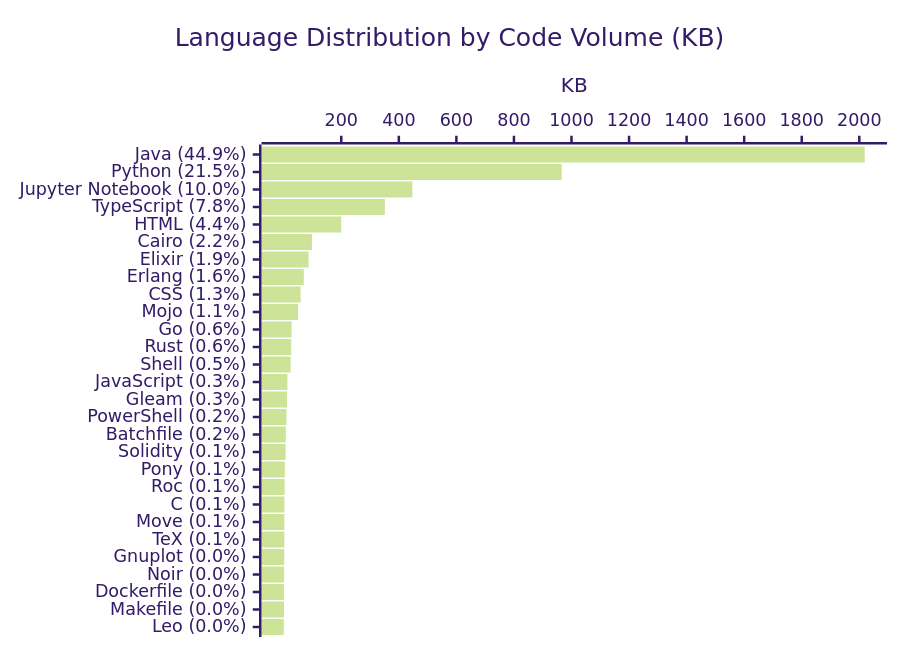
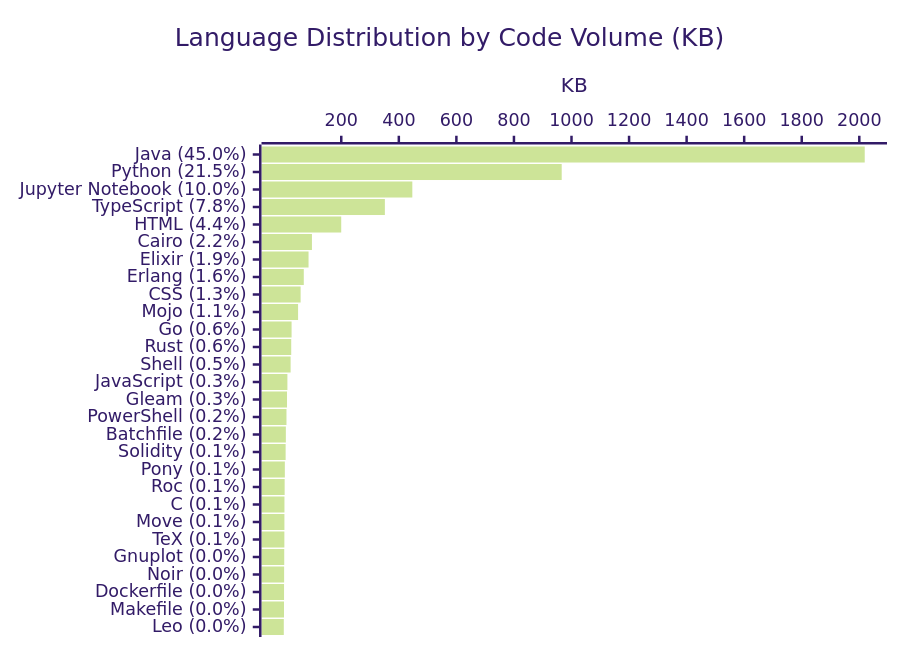
One commit to KathiraveluLab/.github changed the diagram in profile/README.md. Above: the diagram before and after it, drawn with Mermaid (forest theme). The commit also changed other lines of this file and 1 other file, not shown here.

````diff
--- a/profile/README.md
+++ b/profile/README.md
@@ -64,7 +64,7 @@
 ```mermaid
 xychart-beta horizontal
     title "Language Distribution by Code Volume (KB)"
-    x-axis ["Java (44.9%)", "Python (21.5%)", "Jupyter Notebook (10.0%)", "TypeScript (7.8%)", "HTML (4.4%)", "Cairo (2.2%)", "Elixir (1.9%)", "Erlang (1.6%)", "CSS (1.3%)", "Mojo (1.1%)", "Go (0.6%)", "Rust (0.6%)", "Shell (0.5%)", "JavaScript (0.3%)", "Gleam (0.3%)", "PowerShell (0.2%)", "Batchfile (0.2%)", "Solidity (0.1%)", "Pony (0.1%)", "Roc (0.1%)", "C (0.1%)", "Move (0.1%)", "TeX (0.1%)", "Gnuplot (0.0%)", "Noir (0.0%)", "Dockerfile (0.0%)", "Makefile (0.0%)", "Leo (0.0%)"]
+    x-axis ["Java (45.0%)", "Python (21.5%)", "Jupyter Notebook (10.0%)", "TypeScript (7.8%)", "HTML (4.4%)", "Cairo (2.2%)", "Elixir (1.9%)", "Erlang (1.6%)", "CSS (1.3%)", "Mojo (1.1%)", "Go (0.6%)", "Rust (0.6%)", "Shell (0.5%)", "JavaScript (0.3%)", "Gleam (0.3%)", "PowerShell (0.2%)", "Batchfile (0.2%)", "Solidity (0.1%)", "Pony (0.1%)", "Roc (0.1%)", "C (0.1%)", "Move (0.1%)", "TeX (0.1%)", "Gnuplot (0.0%)", "Noir (0.0%)", "Dockerfile (0.0%)", "Makefile (0.0%)", "Leo (0.0%)"]
     y-axis "KB"
-    bar [2018.87, 966.05, 446.9, 351.5, 199.85, 98.07, 86.29, 69.74, 58.73, 49.94, 27.33, 26.08, 23.99, 12.8, 11.49, 9.6, 7.42, 6.65, 3.92, 3.24, 2.58, 2.45, 2.29, 1.82, 1.42, 1.17, 0.99, 0.27]
+    bar [2018.87, 965.94, 446.9, 351.5, 199.85, 98.07, 86.29, 69.74, 58.73, 49.94, 27.33, 26.08, 23.99, 12.8, 11.49, 9.6, 7.42, 6.65, 3.92, 3.24, 2.58, 2.45, 2.29, 1.82, 1.42, 1.17, 0.99, 0.27]
 ```
````
